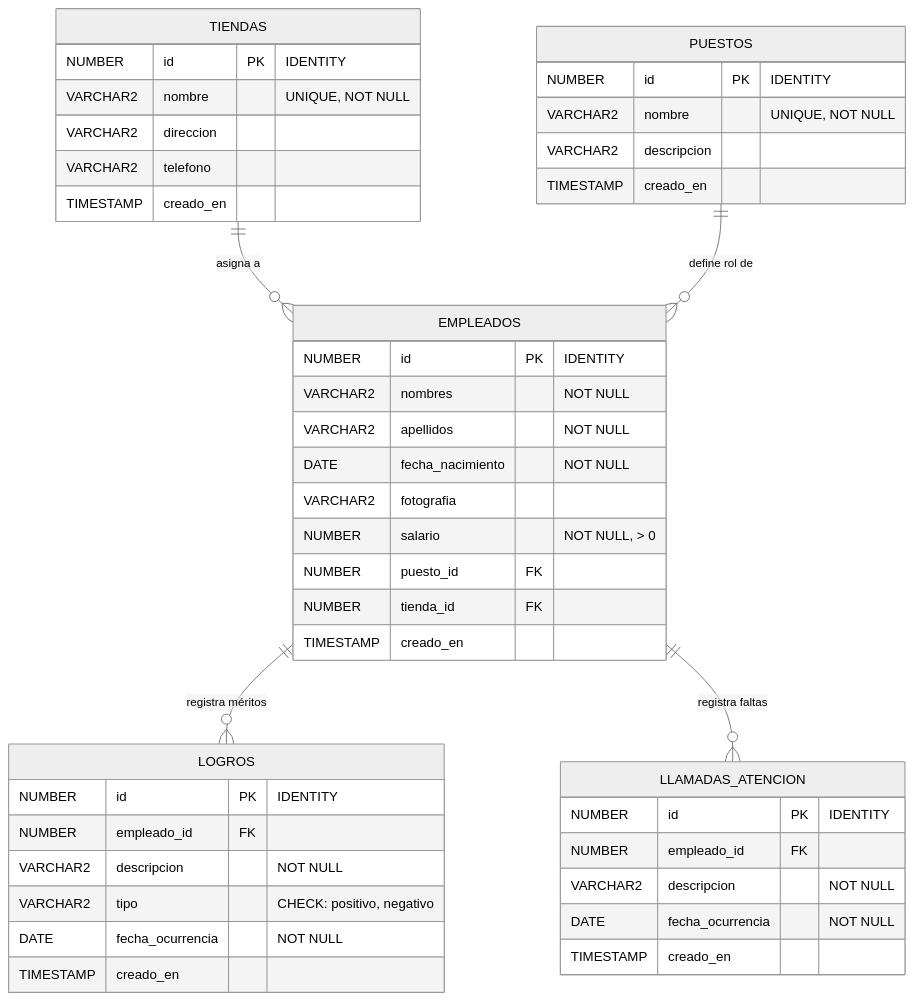
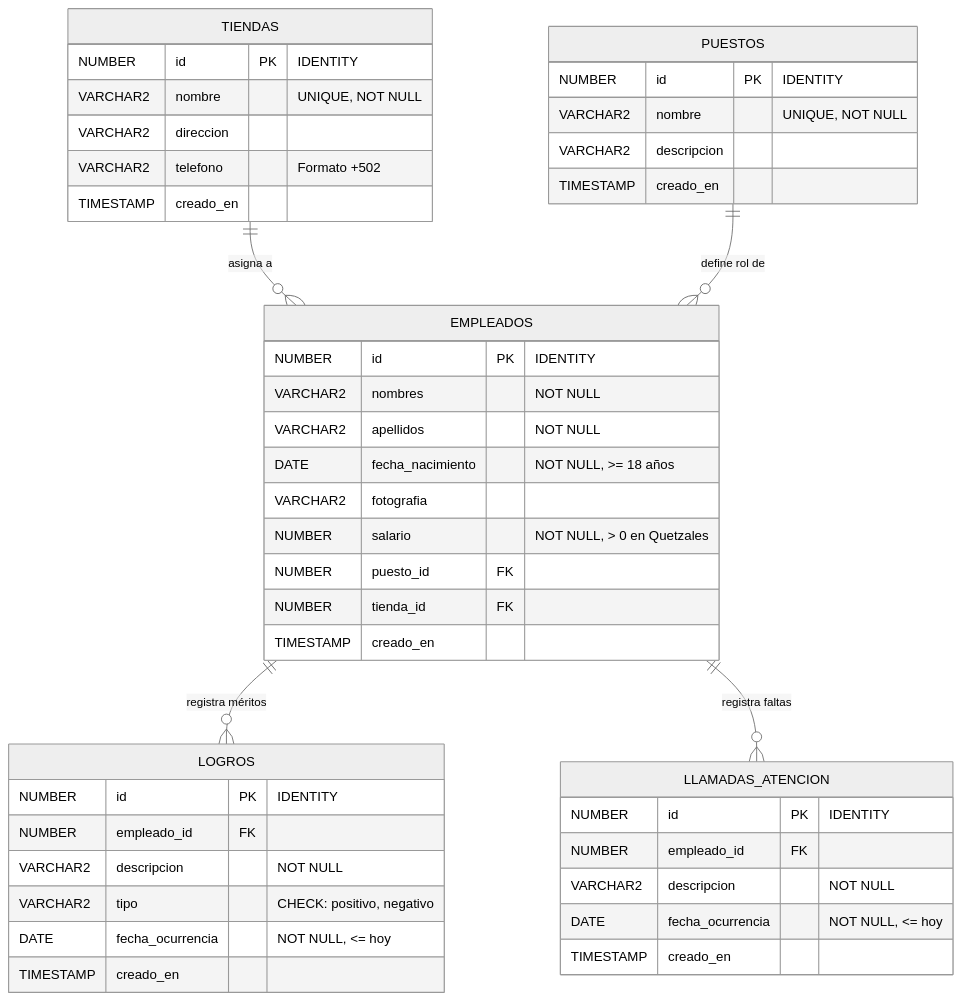
The diagram in README.md (Snayersh/Cakephp), drawn with Mermaid (neutral theme) before and after one commit. The commit also changed other lines of this file, not shown here.

Commit message:
docs: actualizar y finalizar README.md con Quetzales, telefono GT +502, Tom Select, SweetAlert2 y suite de pruebas E2E

````diff
--- a/README.md
+++ b/README.md
@@ -29,51 +46,51 @@
 ```mermaid
 erDiagram
     TIENDAS ||--o{ EMPLEADOS : "asigna a"
     PUESTOS ||--o{ EMPLEADOS : "define rol de"
     EMPLEADOS ||--o{ LOGROS : "registra méritos"
     EMPLEADOS ||--o{ LLAMADAS_ATENCION : "registra faltas"
 
     TIENDAS {
         NUMBER id PK "IDENTITY"
         VARCHAR2 nombre "UNIQUE, NOT NULL"
         VARCHAR2 direccion
-        VARCHAR2 telefono
+        VARCHAR2 telefono "Formato +502"
         TIMESTAMP creado_en
     }
 
     PUESTOS {
         NUMBER id PK "IDENTITY"
         VARCHAR2 nombre "UNIQUE, NOT NULL"
         VARCHAR2 descripcion
         TIMESTAMP creado_en
     }
 
     EMPLEADOS {
         NUMBER id PK "IDENTITY"
         VARCHAR2 nombres "NOT NULL"
         VARCHAR2 apellidos "NOT NULL"
-        DATE fecha_nacimiento "NOT NULL"
+        DATE fecha_nacimiento "NOT NULL, >= 18 años"
         VARCHAR2 fotografia
-        NUMBER salario "NOT NULL, > 0"
+        NUMBER salario "NOT NULL, > 0 en Quetzales"
         NUMBER puesto_id FK
         NUMBER tienda_id FK
         TIMESTAMP creado_en
     }
 
     LOGROS {
         NUMBER id PK "IDENTITY"
         NUMBER empleado_id FK
         VARCHAR2 descripcion "NOT NULL"
         VARCHAR2 tipo "CHECK: positivo, negativo"
-        DATE fecha_ocurrencia "NOT NULL"
+        DATE fecha_ocurrencia "NOT NULL, <= hoy"
         TIMESTAMP creado_en
     }
 
     LLAMADAS_ATENCION {
         NUMBER id PK "IDENTITY"
         NUMBER empleado_id FK
         VARCHAR2 descripcion "NOT NULL"
-        DATE fecha_ocurrencia "NOT NULL"
+        DATE fecha_ocurrencia "NOT NULL, <= hoy"
         TIMESTAMP creado_en
     }
 ```
````
